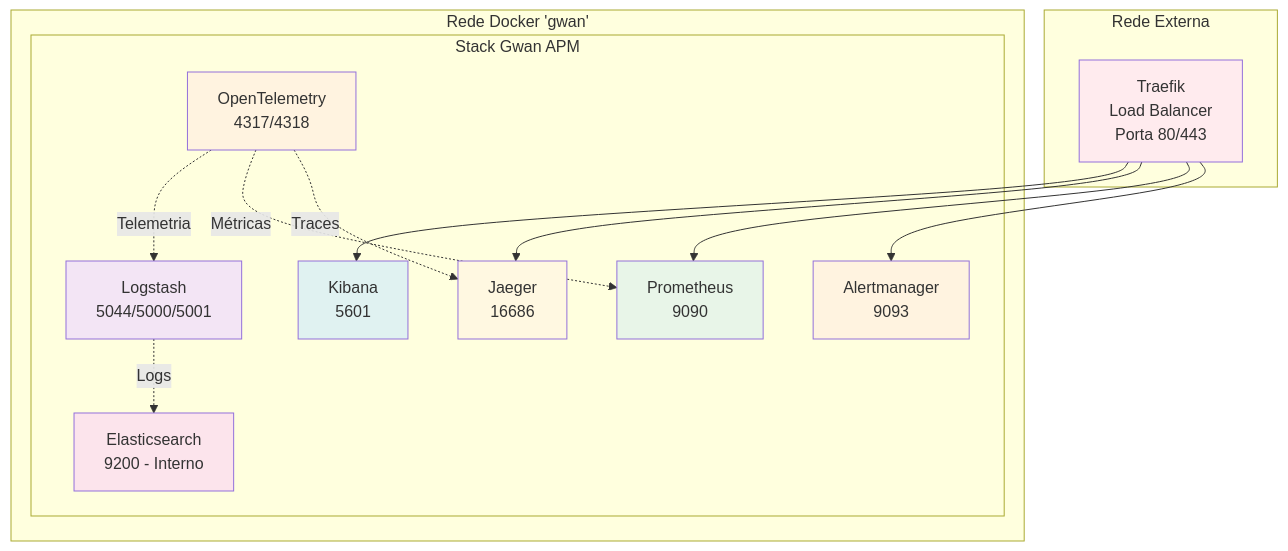
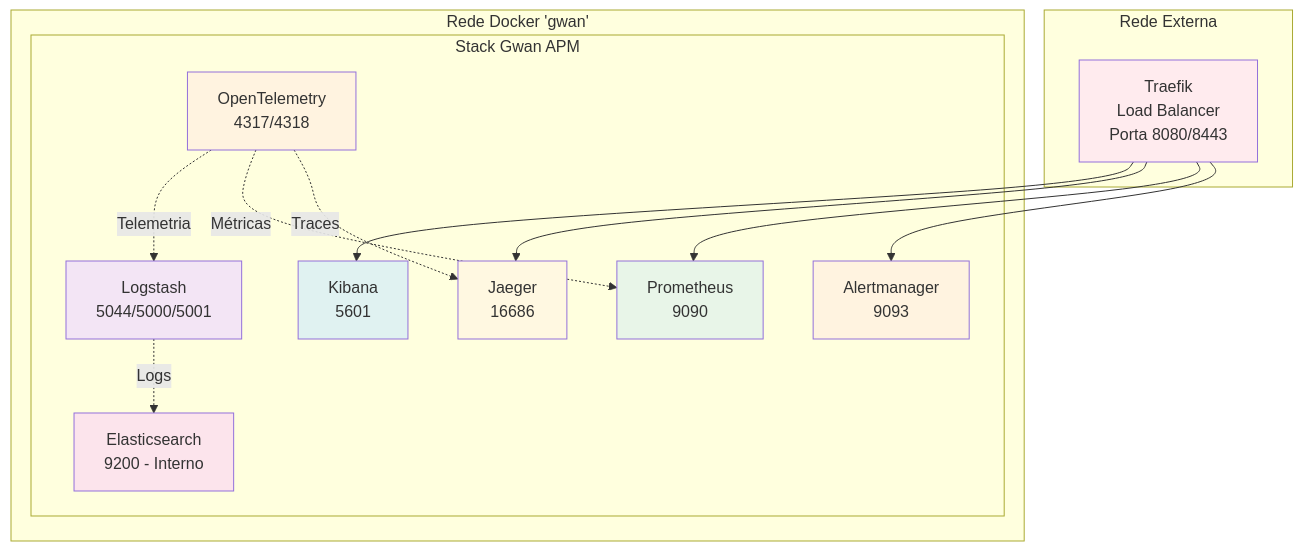
One commit to rastamansp/gwan-logs changed the fourth of 4 diagrams in README.md. Above: the diagram before and after it, drawn with Mermaid. The commit also changed other lines of this file and 1 other file, not shown here.

Commit message:
fix: altera portas do Traefik para evitar conflito com porta 80

````diff
--- a/README.md
+++ b/README.md
@@ -124,37 +124,37 @@
 ```mermaid
 graph TB
     subgraph "Rede Externa"
-        T[Traefik<br/>Load Balancer<br/>Porta 80/443]
+        T[Traefik<br/>Load Balancer<br/>Porta 8080/8443]
     end
     
     subgraph "Rede Docker 'gwan'"
         subgraph "Stack Gwan APM"
             ES[Elasticsearch<br/>9200 - Interno]
             K[Kibana<br/>5601]
             LS[Logstash<br/>5044/5000/5001]
             OTEL[OpenTelemetry<br/>4317/4318]
             J[Jaeger<br/>16686]
             P[Prometheus<br/>9090]
             A[Alertmanager<br/>9093]
         end
     end
     
     T --> K
     T --> J
     T --> P
     T --> A
     
     LS -.->|Logs| ES
     OTEL -.->|Telemetria| LS
     OTEL -.->|Métricas| P
     OTEL -.->|Traces| J
     
     style T fill:#ffebee
     style ES fill:#fce4ec
     style K fill:#e0f2f1
     style LS fill:#f3e5f5
     style OTEL fill:#fff3e0
     style J fill:#fff8e1
     style P fill:#e8f5e8
     style A fill:#fff3e0
 ```
````
